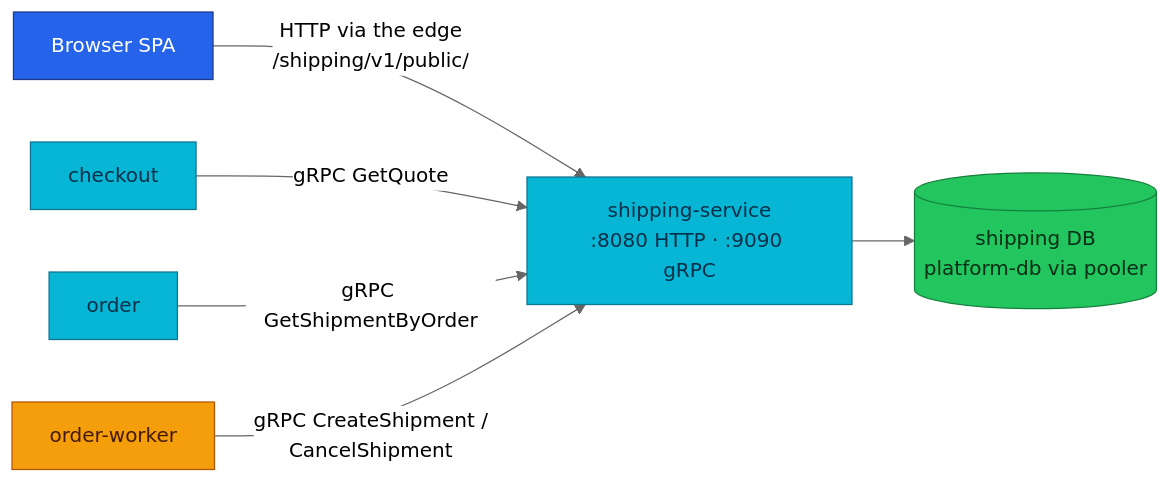
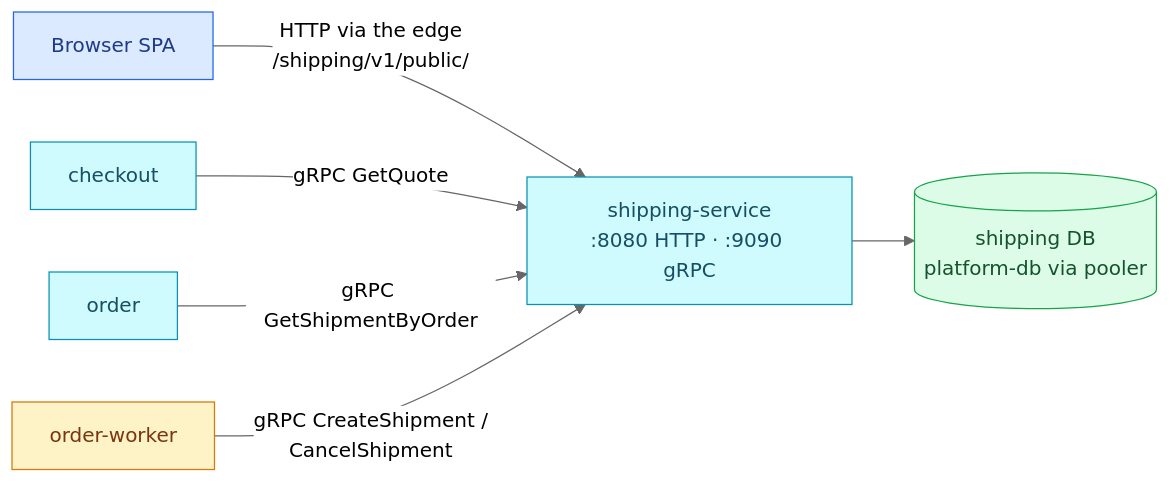
Before and after one commit to duynhlab/homelab: the diagram in docs/api/shipping.md, drawn with Mermaid (neutral theme). The commit also changed 174 other files, not shown here.

First line of the commit message:
Soft-tint diagram palette, a signal-flow diagram, a Linux-ready Draw.io skill

````diff
--- a/docs/api/shipping.md
+++ b/docs/api/shipping.md
@@ -62,17 +62,17 @@
 ```mermaid
 flowchart LR
     SPA["Browser SPA"] -->|"HTTP via the edge<br/>/shipping/v1/public/"| SHIP["shipping-service<br/>:8080 HTTP · :9090 gRPC"]
     CK["checkout"] -->|"gRPC GetQuote"| SHIP
     ORD["order"] -->|"gRPC GetShipmentByOrder"| SHIP
     OW["order-worker"] -->|"gRPC CreateShipment /<br/>CancelShipment"| SHIP
     SHIP --> DB[("shipping DB<br/>platform-db via pooler")]
 
-    classDef edge fill:#2563eb,color:#fff,stroke:#1e3a8a;
-    classDef service fill:#06b6d4,color:#082f49,stroke:#0e7490;
-    classDef worker fill:#f59e0b,color:#451a03,stroke:#b45309;
-    classDef data fill:#22c55e,color:#052e16,stroke:#15803d;
+    classDef edge fill:#dbeafe,color:#1e3a8a,stroke:#2563eb;
+    classDef service fill:#cffafe,color:#164e63,stroke:#0891b2;
+    classDef worker fill:#fef3c7,color:#78350f,stroke:#d97706;
+    classDef data fill:#dcfce7,color:#14532d,stroke:#16a34a;
     class SPA edge;
     class SHIP,CK,ORD service;
     class OW worker;
     class DB data;
 ```
````
